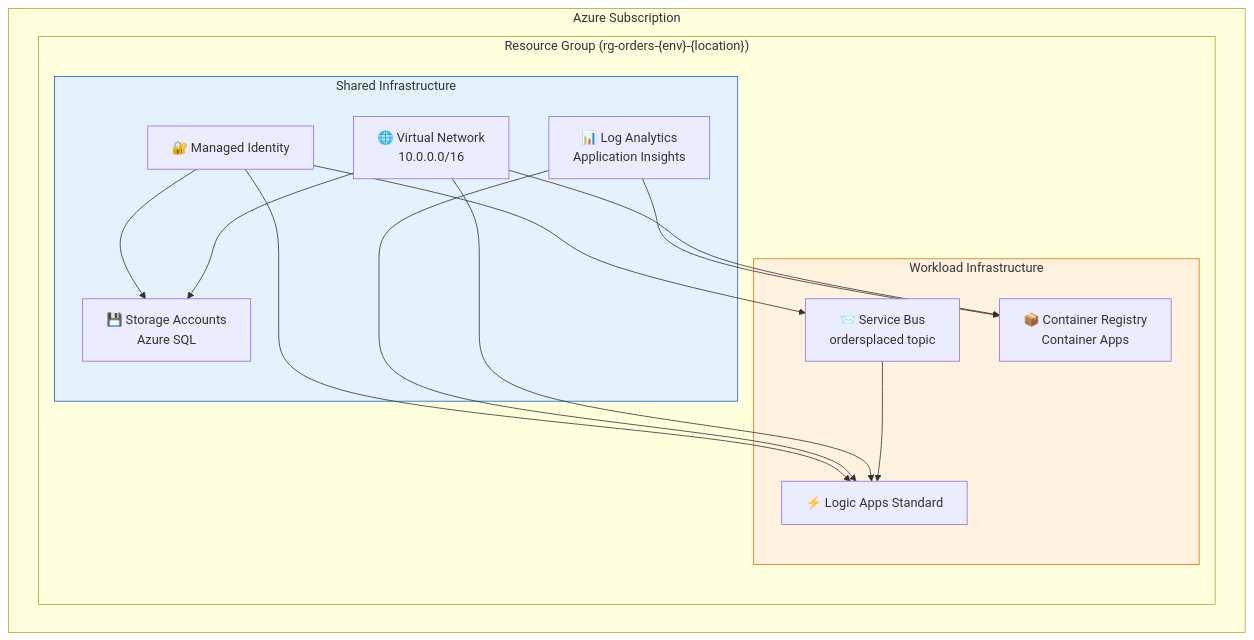
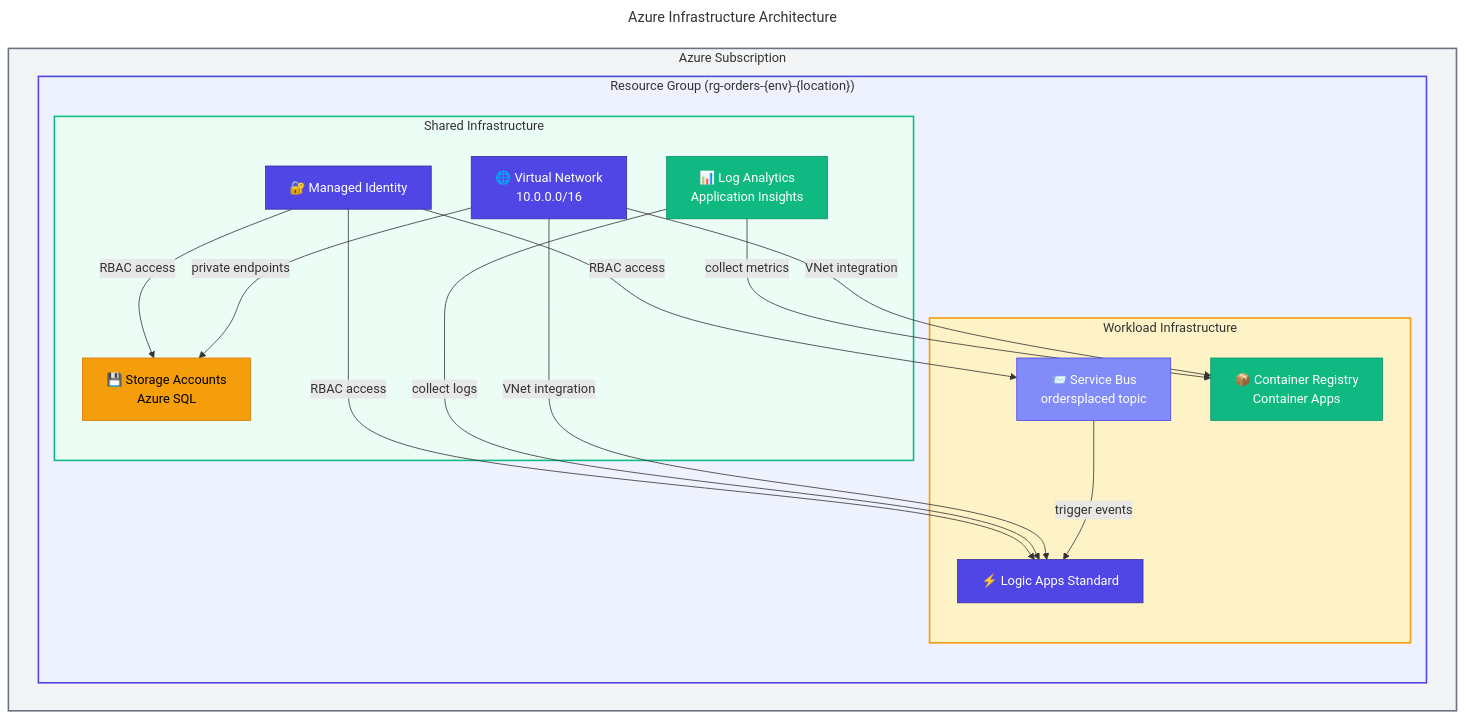
One commit to Evilazaro/Azure-LogicApps-Monitoring changed the diagram in infra/README.md. Above: the diagram before and after it, drawn with Mermaid. The commit also changed 2 other files, not shown here.

Commit message:
docs: enhance architecture diagrams with detailed connections and styling for clarity

````diff
--- a/infra/README.md
+++ b/infra/README.md
@@ -265,32 +265,57 @@
 ```mermaid
+---
+title: Azure Infrastructure Architecture
+---
 flowchart TB
+    %% ===== AZURE SUBSCRIPTION =====
     subgraph subscription["Azure Subscription"]
+        %% ===== RESOURCE GROUP =====
         subgraph rg["Resource Group (rg-orders-{env}-{location})"]
+            %% ===== SHARED INFRASTRUCTURE =====
             subgraph shared["Shared Infrastructure"]
                 identity["🔐 Managed Identity"]
                 monitoring["📊 Log Analytics<br/>Application Insights"]
                 network["🌐 Virtual Network<br/>10.0.0.0/16"]
                 data["💾 Storage Accounts<br/>Azure SQL"]
             end
 
+            %% ===== WORKLOAD INFRASTRUCTURE =====
             subgraph workload["Workload Infrastructure"]
                 messaging["📨 Service Bus<br/>ordersplaced topic"]
                 services["📦 Container Registry<br/>Container Apps"]
                 logicapp["⚡ Logic Apps Standard"]
             end
         end
     end
 
-    identity --> data
-    identity --> messaging
-    identity --> logicapp
-    monitoring --> services
-    monitoring --> logicapp
-    network --> data
-    network --> services
-    network --> logicapp
-    messaging --> logicapp
+    %% ===== CONNECTIONS WITH LABELS =====
+    identity -->|"RBAC access"| data
+    identity -->|"RBAC access"| messaging
+    identity -->|"RBAC access"| logicapp
+    monitoring -->|"collect metrics"| services
+    monitoring -->|"collect logs"| logicapp
+    network -->|"private endpoints"| data
+    network -->|"VNet integration"| services
+    network -->|"VNet integration"| logicapp
+    messaging -->|"trigger events"| logicapp
 
-    style shared fill:#E3F2FD,stroke:#1565C0
-    style workload fill:#FFF3E0,stroke:#EF6C00
+    %% ===== STYLING: NODE CLASSES =====
+    classDef primary fill:#4F46E5,stroke:#3730A3,color:#FFFFFF
+    classDef secondary fill:#10B981,stroke:#059669,color:#FFFFFF
+    classDef datastore fill:#F59E0B,stroke:#D97706,color:#000000
+    classDef trigger fill:#818CF8,stroke:#4F46E5,color:#FFFFFF
+
+    class identity primary
+    class monitoring secondary
+    class network primary
+    class data datastore
+    class messaging trigger
+    class services secondary
+    class logicapp primary
+
+    %% ===== STYLING: SUBGRAPH BACKGROUNDS =====
+    style subscription fill:#F3F4F6,stroke:#6B7280,stroke-width:2px
+    style rg fill:#EEF2FF,stroke:#4F46E5,stroke-width:2px
+    style shared fill:#ECFDF5,stroke:#10B981,stroke-width:2px
+    style workload fill:#FEF3C7,stroke:#F59E0B,stroke-width:2px
 ```
````
